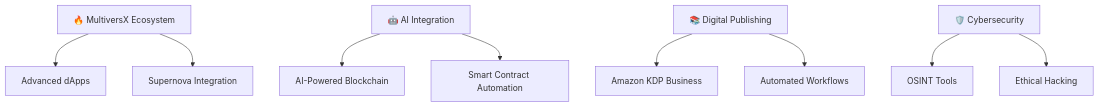
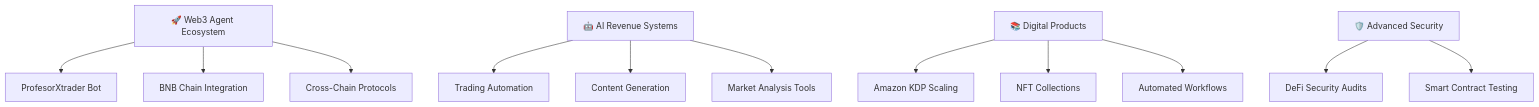
One commit to Gzeu/Gzeu changed the diagram in README.md. Above: the diagram before and after it, drawn with Mermaid. The commit also changed other lines of this file, not shown here.

````diff
--- a/README.md
+++ b/README.md
@@ -142,14 +162,17 @@
 ```mermaid
 graph TD
-    A[🔥 MultiversX Ecosystem] --> B[Advanced dApps]
-    A --> C[Supernova Integration]
+    A[🚀 Web3 Agent Ecosystem] --> B[ProfesorXtrader Bot]
+    A --> C[BNB Chain Integration]
+    A --> D[Cross-Chain Protocols]
     
-    D[🤖 AI Integration] --> E[AI-Powered Blockchain]
-    D --> F[Smart Contract Automation]
+    E[🤖 AI Revenue Systems] --> F[Trading Automation]
+    E --> G[Content Generation]
+    E --> H[Market Analysis Tools]
     
-    G[📚 Digital Publishing] --> H[Amazon KDP Business]
-    G --> I[Automated Workflows]
+    I[📚 Digital Products] --> J[Amazon KDP Scaling]
+    I --> K[NFT Collections]
+    I --> L[Automated Workflows]
     
-    J[🛡️ Cybersecurity] --> K[OSINT Tools]
-    J --> L[Ethical Hacking]
+    M[🛡️ Advanced Security] --> N[DeFi Security Audits]
+    M --> O[Smart Contract Testing]
 ```
````
